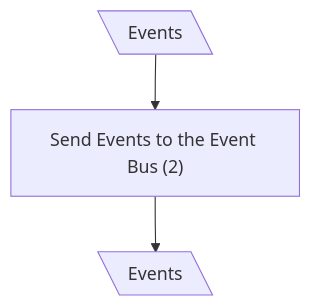
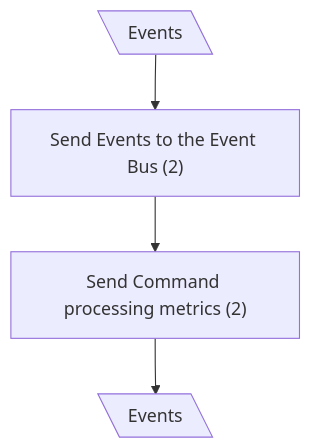
The seventh of 7 diagrams in docs/CF Complexity/create.md (dmitryhruzin/CQRS-variations-test), drawn with Mermaid before and after one commit. The commit also changed other lines of this file and 4 other files, not shown here.

Commit message:
docs: add infra calls to diagrams

````diff
--- a/docs/CF Complexity/create.md
+++ b/docs/CF Complexity/create.md
@@ -152,7 +158,8 @@
 ```mermaid
 flowchart TD
   classDef mod stroke:#0f0
   A@{ shape: lean-l, label: "Events" }
   A --> B["Send Events to the Event Bus (2)"]
-  B --> D@{ shape: lean-l, label: "Events" }
+  B --> M["Send Command processing metrics (2)"]
+  M --> D@{ shape: lean-l, label: "Events" }
 ```
````
